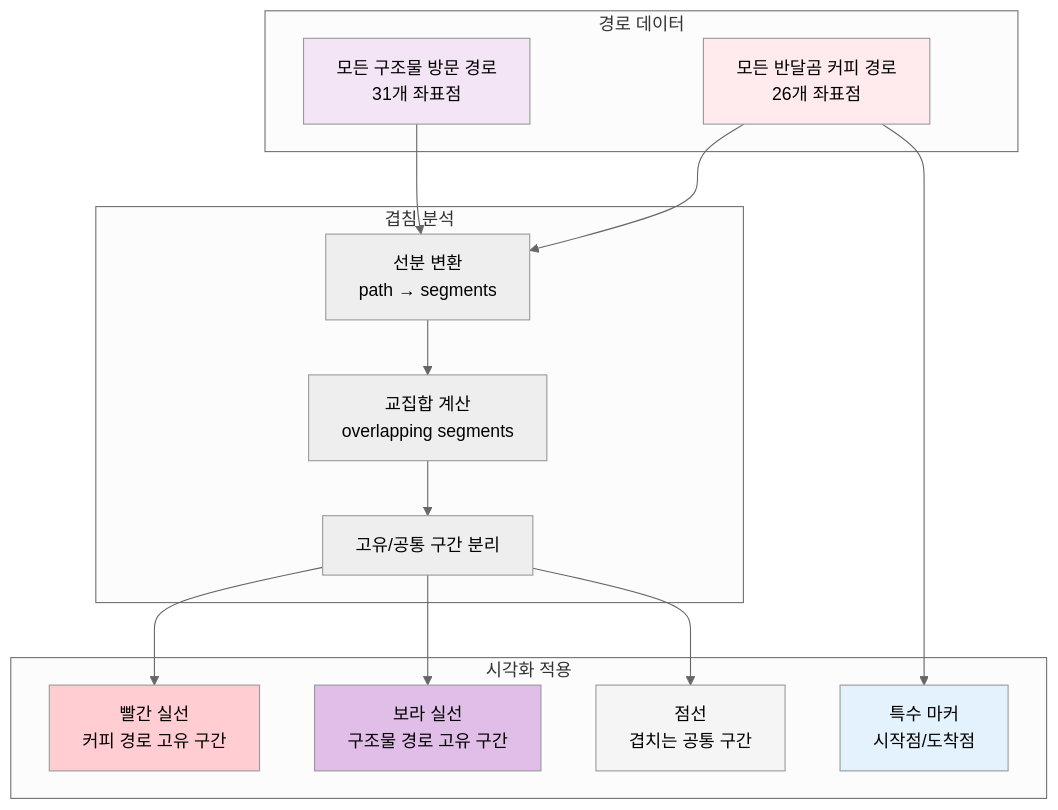
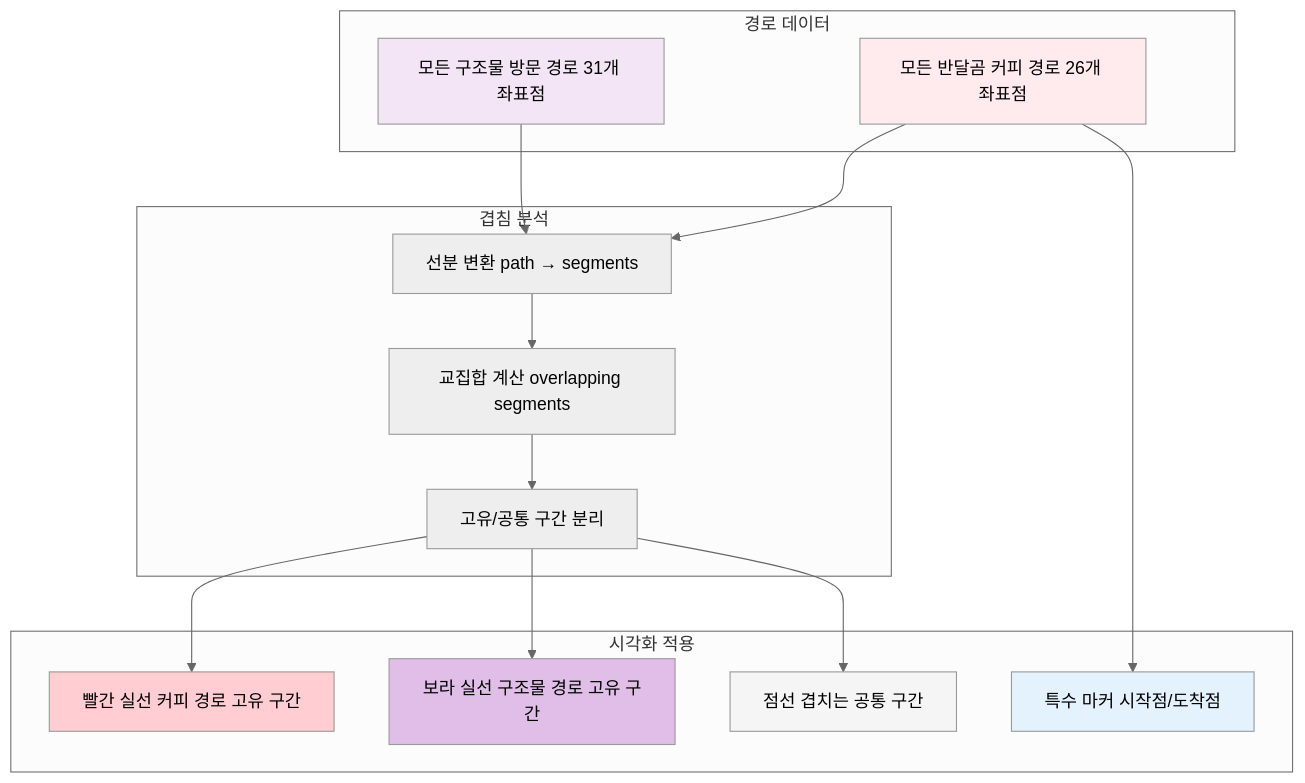
One commit to SteelCrab/ia-codyssey changed the fourth of 6 diagrams in 3단계_최단경로탐색.md. Above: the diagram before and after it, drawn with Mermaid (neutral theme). The commit also changed other lines of this file and 3 other files, not shown here.

First line of the commit message:
fix: Mermaid 다이어그램 구문 오류 수정

````diff
--- a/3단계_최단경로탐색.md
+++ b/3단계_최단경로탐색.md
@@ -234,37 +234,37 @@
 ```mermaid
 graph TD
     subgraph "경로 데이터"
-        A1[모든 반달곰 커피 경로<br/>26개 좌표점]
-        A2[모든 구조물 방문 경로<br/>31개 좌표점]
+        A1[모든 반달곰 커피 경로 26개 좌표점]
+        A2[모든 구조물 방문 경로 31개 좌표점]
     end
     
     subgraph "겹침 분석"
-        B1[선분 변환<br/>path → segments]
-        B2[교집합 계산<br/>overlapping segments]
+        B1[선분 변환 path → segments]
+        B2[교집합 계산 overlapping segments]
         B3[고유/공통 구간 분리]
     end
     
     subgraph "시각화 적용"
-        C1[빨간 실선<br/>커피 경로 고유 구간]
-        C2[보라 실선<br/>구조물 경로 고유 구간]
-        C3[점선<br/>겹치는 공통 구간]
-        C4[특수 마커<br/>시작점/도착점]
+        C1[빨간 실선 커피 경로 고유 구간]
+        C2[보라 실선 구조물 경로 고유 구간]
+        C3[점선 겹치는 공통 구간]
+        C4[특수 마커 시작점/도착점]
     end
     
     A1 --> B1
     A2 --> B1
     B1 --> B2
     B2 --> B3
     
     B3 --> C1
     B3 --> C2
     B3 --> C3
     A1 --> C4
     
     style A1 fill:#ffebee
     style A2 fill:#f3e5f5
     style C1 fill:#ffcdd2
     style C2 fill:#e1bee7
     style C3 fill:#f5f5f5
     style C4 fill:#e3f2fd
 ```
````
